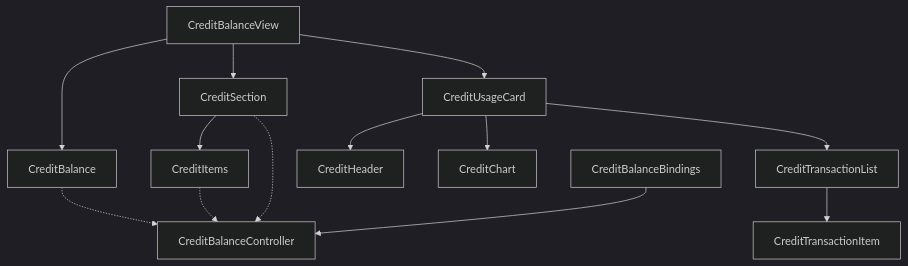
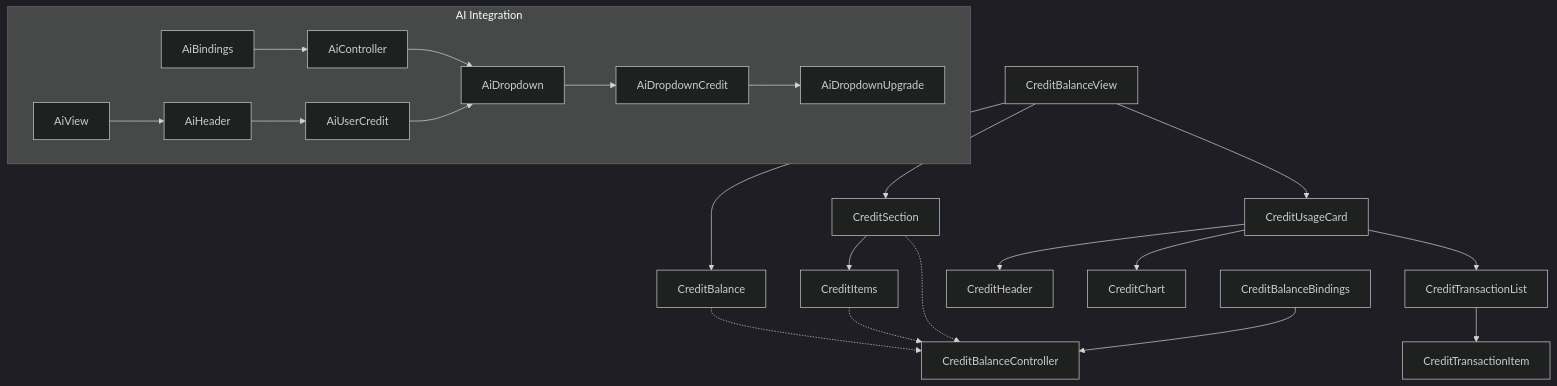
The second of 14 diagrams in .qoder/repowiki/en/content/Core Features/User Profile Management/Credit Balance System.md (Ariful3111/FurniGo), drawn with Mermaid (dark theme) before and after one commit. The commit also changed other lines of this file and 67 other files, not shown here.

````diff
--- a/.qoder/repowiki/en/content/Core Features/User Profile Management/Credit Balance System.md
+++ b/.qoder/repowiki/en/content/Core Features/User Profile Management/Credit Balance System.md
@@ -117,15 +167,24 @@
 ```mermaid
 graph TB
 A["CreditBalanceView"] --> B["CreditBalance"]
 A --> C["CreditSection"]
 A --> D["CreditUsageCard"]
 C --> E["CreditItems"]
 D --> F["CreditHeader"]
 D --> G["CreditChart"]
 D --> H["CreditTransactionList"]
 H --> I["CreditTransactionItem"]
 B -.-> J["CreditBalanceController"]
 C -.-> J
 E -.-> J
 K["CreditBalanceBindings"] --> J
+subgraph "AI Integration"
+L["AiController"] --> M["AiDropdown"]
+M --> N["AiDropdownCredit"]
+N --> O["AiDropdownUpgrade"]
+P["AiUserCredit"] --> M
+Q["AiHeader"] --> P
+R["AiView"] --> Q
+S["AiBindings"] --> L
+end
 ```
````
